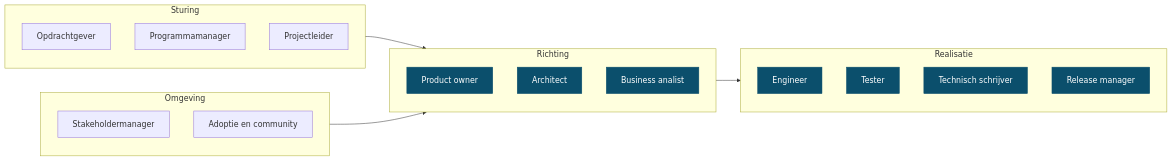
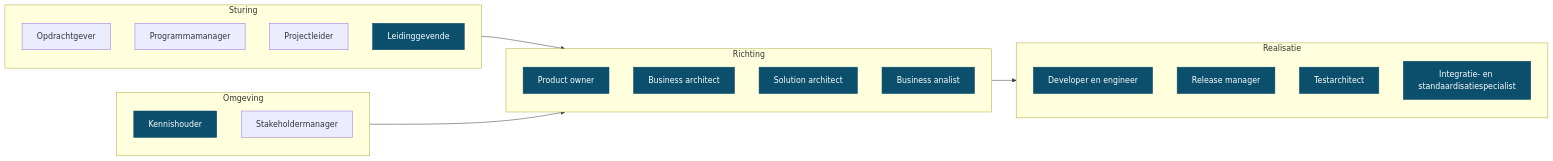
Before and after one commit to Npuls-OKx/meta: the second of 2 diagrams in presentaties/src/260903_rollen.md, drawn with Mermaid. The commit also changed other lines of this file, not shown here.

````diff
--- a/presentaties/src/260903_rollen.md
+++ b/presentaties/src/260903_rollen.md
@@ -89,33 +95,38 @@
 ```mermaid
 flowchart LR
   subgraph sturing["Sturing"]
     OG["Opdrachtgever"]
     PM["Programmamanager"]
     PL["Projectleider"]
+    LG["Leidinggevende"]
   end
   subgraph richting["Richting"]
     PO["Product owner"]
-    AR["Architect"]
+    BAR["Business architect"]
+    SA["Solution architect"]
     BA["Business analist"]
   end
   subgraph realisatie["Realisatie"]
-    EN["Engineer"]
-    QA["Tester"]
-    TS["Technisch schrijver"]
+    EN["Developer en engineer"]
     RM["Release manager"]
+    TA["Testarchitect"]
+    IS["Integratie- en standaardisatiespecialist"]
   end
   subgraph omgeving["Omgeving"]
+    KH["Kennishouder"]
     SM["Stakeholdermanager"]
-    AD["Adoptie en community"]
   end
   sturing --> richting
   richting --> realisatie
   omgeving --> richting
+  style LG fill:#0B4F6C,stroke:#0B4F6C,color:#fff
   style PO fill:#0B4F6C,stroke:#0B4F6C,color:#fff
-  style AR fill:#0B4F6C,stroke:#0B4F6C,color:#fff
+  style BAR fill:#0B4F6C,stroke:#0B4F6C,color:#fff
+  style SA fill:#0B4F6C,stroke:#0B4F6C,color:#fff
   style BA fill:#0B4F6C,stroke:#0B4F6C,color:#fff
   style EN fill:#0B4F6C,stroke:#0B4F6C,color:#fff
-  style QA fill:#0B4F6C,stroke:#0B4F6C,color:#fff
-  style TS fill:#0B4F6C,stroke:#0B4F6C,color:#fff
   style RM fill:#0B4F6C,stroke:#0B4F6C,color:#fff
+  style TA fill:#0B4F6C,stroke:#0B4F6C,color:#fff
+  style IS fill:#0B4F6C,stroke:#0B4F6C,color:#fff
+  style KH fill:#0B4F6C,stroke:#0B4F6C,color:#fff
 ```
````
